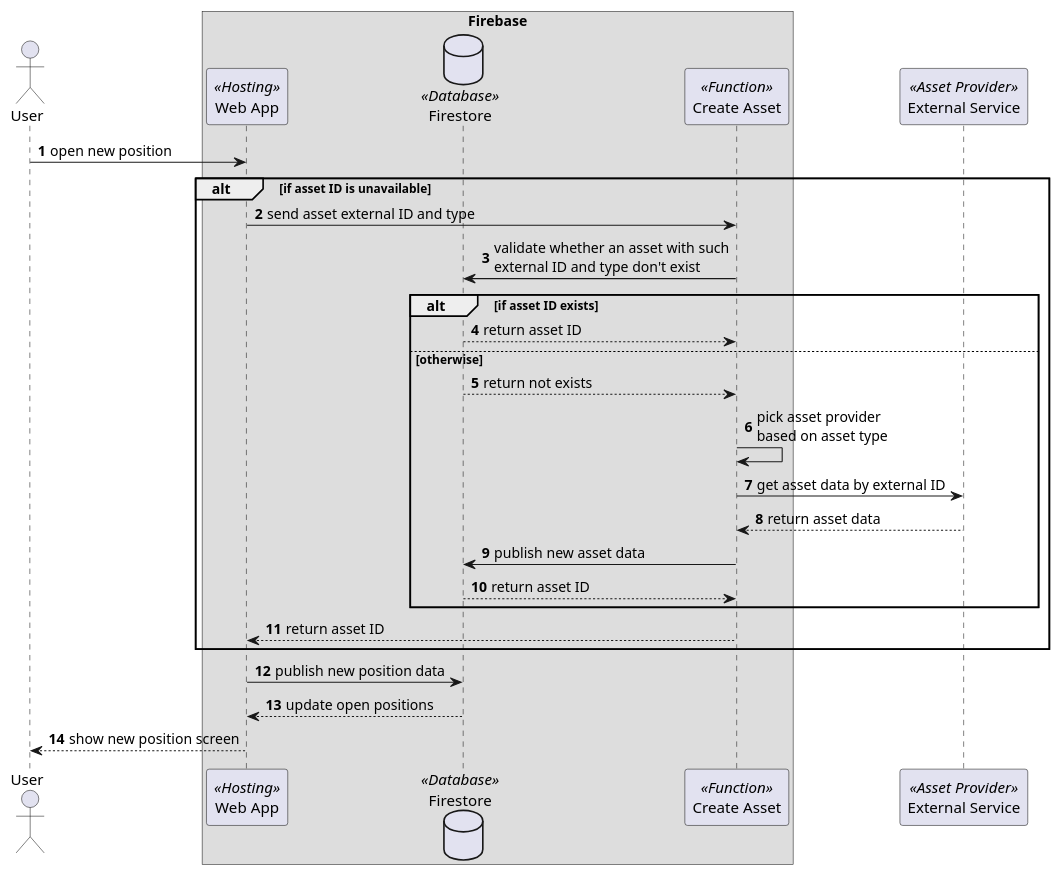
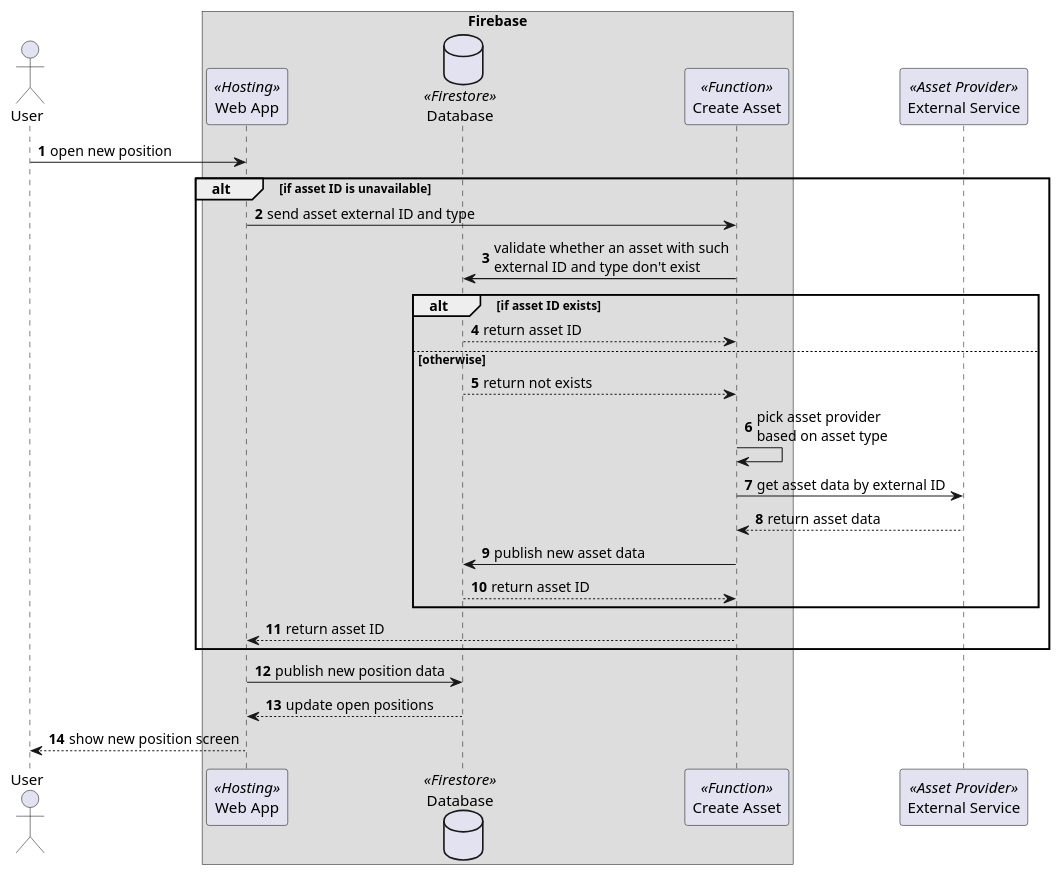
One commit to loginov-rocks/Portfolio changed the diagram in docs/diagrams/Open-Position-Sequence.puml. Above: the diagram before and after it, drawn with PlantUML. The commit also changed 11 other files, not shown here.

Commit message:
Docs: update Update * Sequence

```diff
--- a/docs/diagrams/Open-Position-Sequence.puml
+++ b/docs/diagrams/Open-Position-Sequence.puml
@@ -1,34 +1,34 @@
 @startuml
 
 autonumber
 
 actor User
 box Firebase
     participant "Web App" as WebApp <<Hosting>>
-    database Firestore <<Database>>
+    database Database <<Firestore>>
     participant "Create Asset" as CreateAsset <<Function>>
 end box
 participant "External Service" as ExternalService <<Asset Provider>>
 
 User -> WebApp: open new position
 alt if asset ID is unavailable
     WebApp -> CreateAsset: send asset external ID and type
-    CreateAsset -> Firestore: validate whether an asset with such\nexternal ID and type don't exist
+    CreateAsset -> Database: validate whether an asset with such\nexternal ID and type don't exist
     alt if asset ID exists
-        Firestore --> CreateAsset: return asset ID
+        Database --> CreateAsset: return asset ID
     else otherwise
-        Firestore --> CreateAsset: return not exists
+        Database --> CreateAsset: return not exists
         CreateAsset -> CreateAsset: pick asset provider\nbased on asset type
         CreateAsset -> ExternalService: get asset data by external ID
         ExternalService --> CreateAsset: return asset data
-        CreateAsset -> Firestore: publish new asset data
-        Firestore --> CreateAsset: return asset ID
+        CreateAsset -> Database: publish new asset data
+        Database --> CreateAsset: return asset ID
     end
     CreateAsset --> WebApp: return asset ID
 end
-WebApp -> Firestore: publish new position data
+WebApp -> Database: publish new position data
 
-Firestore --> WebApp: update open positions
+Database --> WebApp: update open positions
 WebApp --> User: show new position screen
 
 @enduml
```
